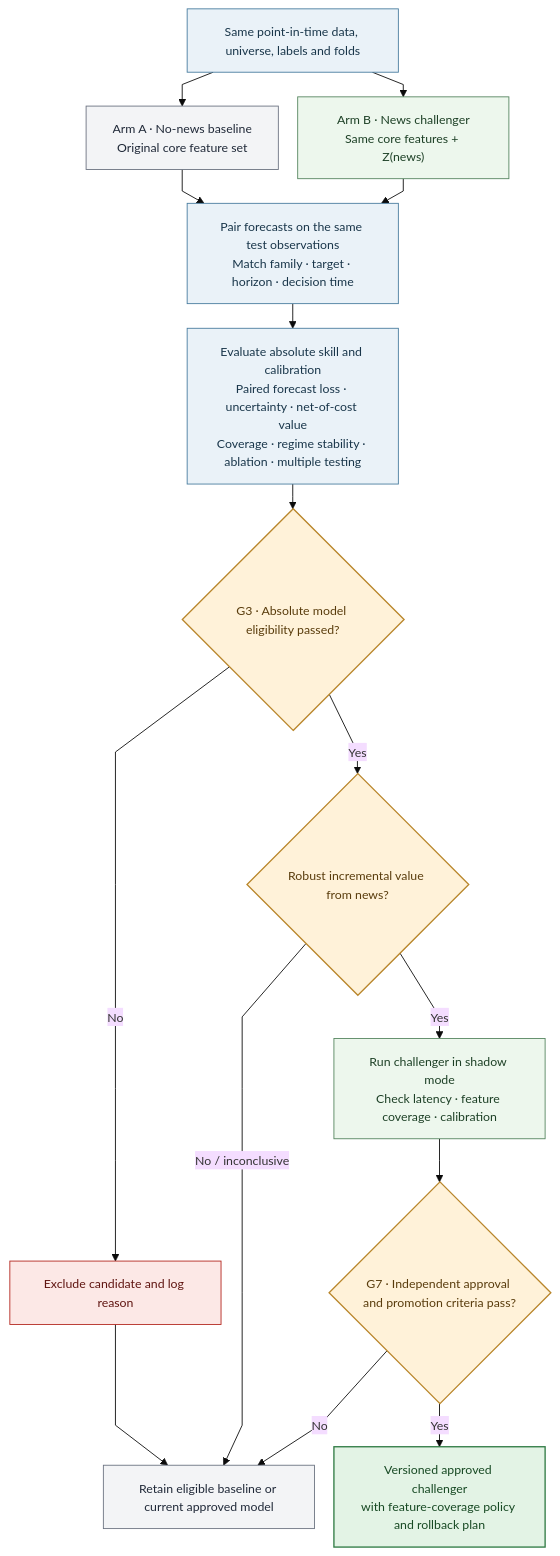
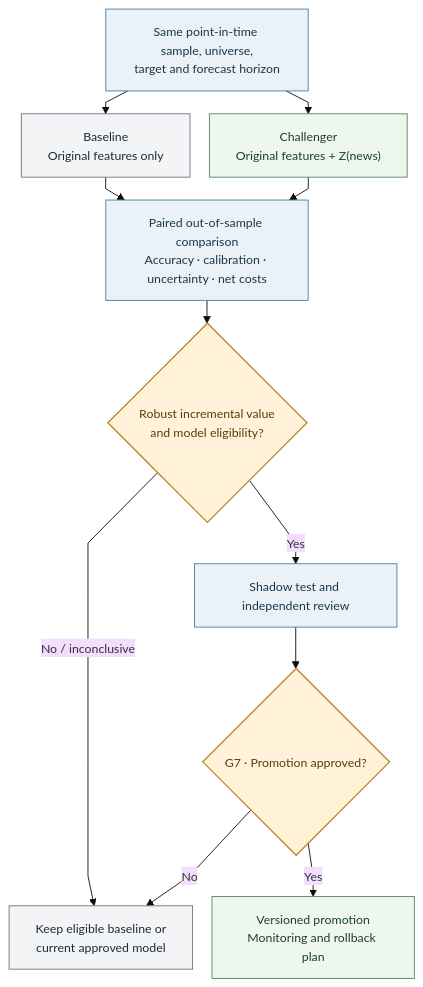
One commit to dannysilverio6-creator/AQP---LSEG changed the third of 15 diagrams in docs/AQP OVERVIEW.md. Above: the diagram before and after it, drawn with Mermaid. The commit also changed other lines of this file, not shown here.

````diff
--- a/docs/AQP OVERVIEW.md
+++ b/docs/AQP OVERVIEW.md
@@ -156,31 +172,23 @@
 ```mermaid
-%%{init: {"theme": "base", "flowchart": {"nodeSpacing": 22, "rankSpacing": 28, "wrappingWidth": 180, "diagramPadding": 18, "curve": "linear"}, "themeVariables": {"fontSize": "14px"}}}%%
+%%{init: {"theme": "base", "flowchart": {"nodeSpacing": 22, "rankSpacing": 26, "wrappingWidth": 170, "diagramPadding": 16, "curve": "linear"}, "themeVariables": {"fontSize": "14px"}}}%%
 flowchart TB
-    INPUT["Same point-in-time data, universe, labels and folds"] --> BASE["Arm A · No-news baseline<br/>Original core feature set"]
-    INPUT --> CHAL["Arm B · News challenger<br/>Same core features + Z(news)"]
-    BASE --> PAIR["Pair forecasts on the same test observations<br/>Match family · target · horizon · decision time"]
+    INPUT["Same point-in-time sample, universe,<br/>target and forecast horizon"] --> BASE["Baseline<br/>Original features only"]
+    INPUT --> CHAL["Challenger<br/>Original features + Z(news)"]
+    BASE --> PAIR["Paired out-of-sample comparison<br/>Accuracy · calibration · uncertainty · net costs"]
     CHAL --> PAIR
-    PAIR --> TEST["Evaluate absolute skill and calibration<br/>Paired forecast loss · uncertainty · net-of-cost value<br/>Coverage · regime stability · ablation · multiple testing"]
-    TEST --> G3{G3 · Absolute model eligibility passed?}
-    G3 -->|No| EXCLUDE["Exclude candidate and log reason"]
-    G3 -->|Yes| VALUE{Robust incremental value from news?}
-    VALUE -->|No / inconclusive| RETAIN["Retain eligible baseline or current approved model"]
-    VALUE -->|Yes| SHADOW["Run challenger in shadow mode<br/>Check latency · feature coverage · calibration"]
-    SHADOW --> G7{G7 · Independent approval and promotion criteria pass?}
-    G7 -->|No| RETAIN
-    G7 -->|Yes| APPROVE["Versioned approved challenger<br/>with feature-coverage policy and rollback plan"]
-    EXCLUDE --> RETAIN
+    PAIR --> VALUE{Robust incremental value<br/>and model eligibility?}
+    VALUE -->|No / inconclusive| KEEP["Keep eligible baseline or<br/>current approved model"]
+    VALUE -->|Yes| SHADOW["Shadow test and independent review"]
+    SHADOW --> G7{G7 · Promotion approved?}
+    G7 -->|No| KEEP
+    G7 -->|Yes| PROMOTE["Versioned promotion<br/>Monitoring and rollback plan"]
 
-    classDef baseline fill:#f3f4f6,stroke:#6b7280,color:#202938,stroke-width:1px;
-    classDef challenger fill:#edf7ed,stroke:#54845e,color:#1d4026,stroke-width:1px;
-    classDef process fill:#eaf2f8,stroke:#477b9e,color:#19364a,stroke-width:1px;
+    classDef baseline fill:#f3f4f6,stroke:#6b7280,color:#202938;
+    classDef challenger fill:#edf7ed,stroke:#54845e,color:#1d4026;
+    classDef process fill:#eaf2f8,stroke:#477b9e,color:#19364a;
     classDef gate fill:#fff2d9,stroke:#b9862b,color:#593c0c,stroke-width:1.5px;
-    classDef stop fill:#fce8e6,stroke:#b3261e,color:#5f1410,stroke-width:1px;
-    classDef approved fill:#e3f3e5,stroke:#2f7a43,color:#174923,stroke-width:1.5px;
-    class INPUT,PAIR,TEST process;
-    class BASE,RETAIN baseline;
-    class CHAL,SHADOW challenger;
-    class G3,VALUE,G7 gate;
-    class EXCLUDE stop;
-    class APPROVE approved;
+    class INPUT,PAIR,SHADOW process;
+    class BASE,KEEP baseline;
+    class CHAL,PROMOTE challenger;
+    class VALUE,G7 gate;
 ```
````
